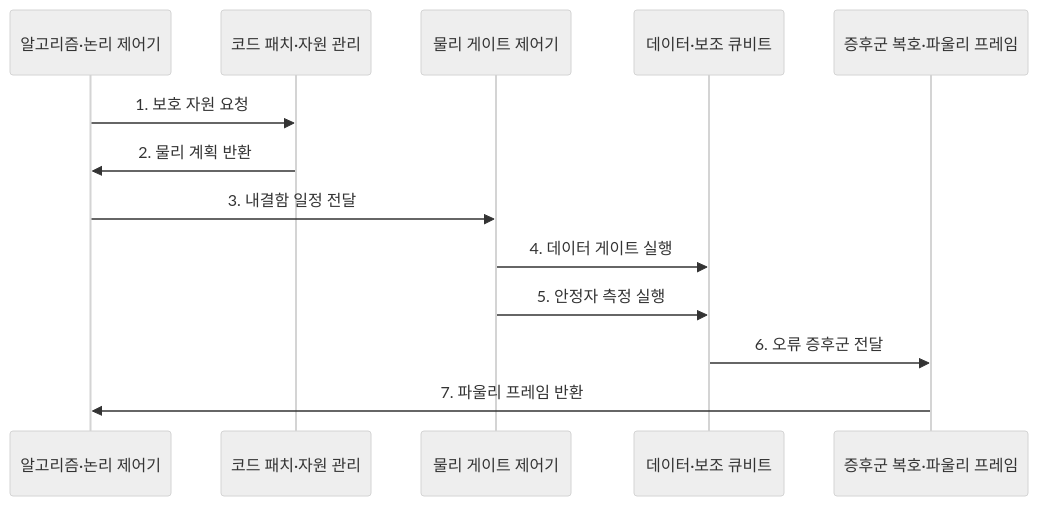
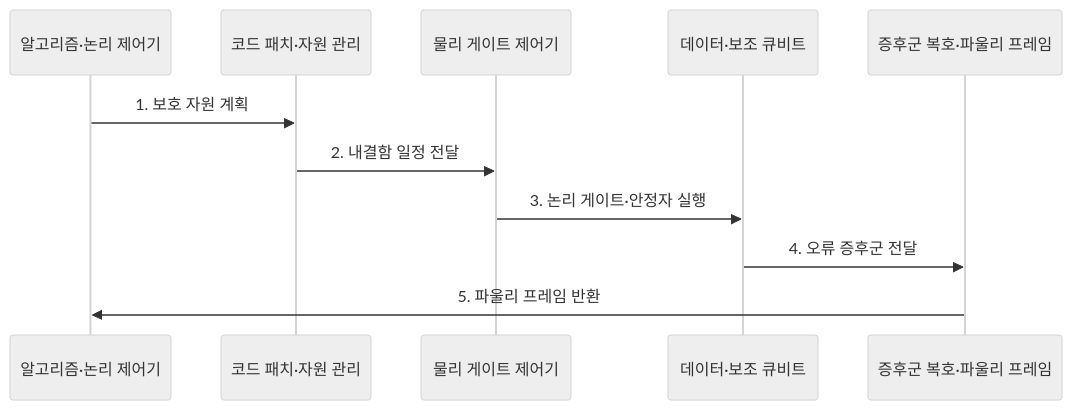
The second of 2 diagrams in src/content/docs/notes/02-hardware/075_logical_vs_physical_qubit.md (agnusdei1207/knowledge-base), drawn with Mermaid (neutral theme) before and after one commit. The commit also changed other lines of this file and 86 other files, not shown here.

````diff
--- a/src/content/docs/notes/02-hardware/075_logical_vs_physical_qubit.md
+++ b/src/content/docs/notes/02-hardware/075_logical_vs_physical_qubit.md
@@ -84,16 +86,14 @@
 ```mermaid
 sequenceDiagram
     participant A as 알고리즘·논리 제어기
     participant P as 코드 패치·자원 관리
     participant C as 물리 게이트 제어기
     participant Q as 데이터·보조 큐비트
     participant R as 증후군 복호·파울리 프레임
 
-    A->>P: 1. 보호 자원 요청
-    P->>A: 2. 물리 계획 반환
-    A->>C: 3. 내결함 일정 전달
-    C->>Q: 4. 데이터 게이트 실행
-    C->>Q: 5. 안정자 측정 실행
-    Q->>R: 6. 오류 증후군 전달
-    R->>A: 7. 파울리 프레임 반환
+    A->>P: 1. 보호 자원 계획
+    P->>C: 2. 내결함 일정 전달
+    C->>Q: 3. 논리 게이트·안정자 실행
+    Q->>R: 4. 오류 증후군 전달
+    R->>A: 5. 파울리 프레임 반환
 ```
````
